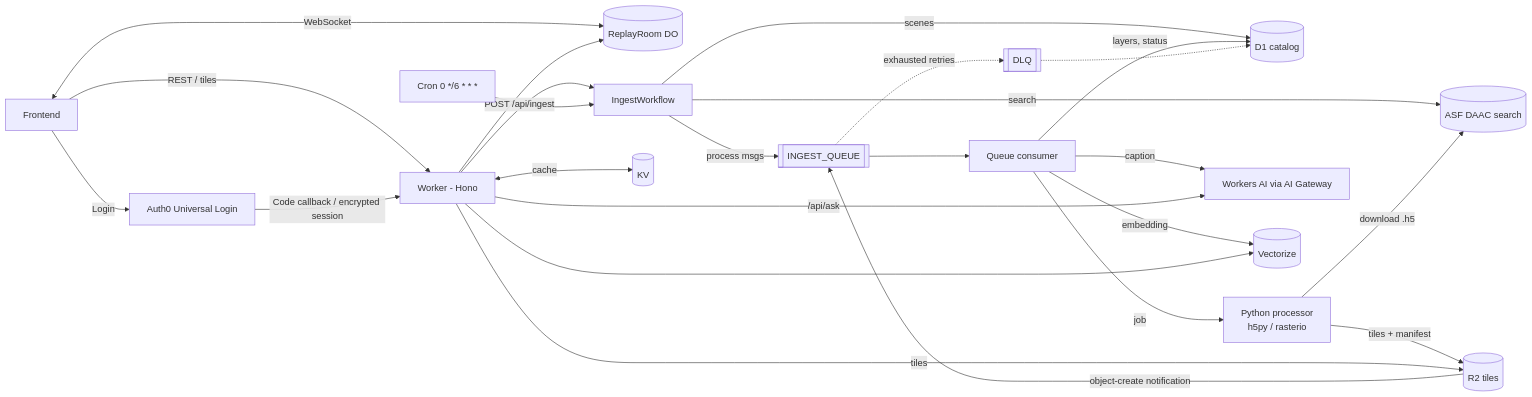
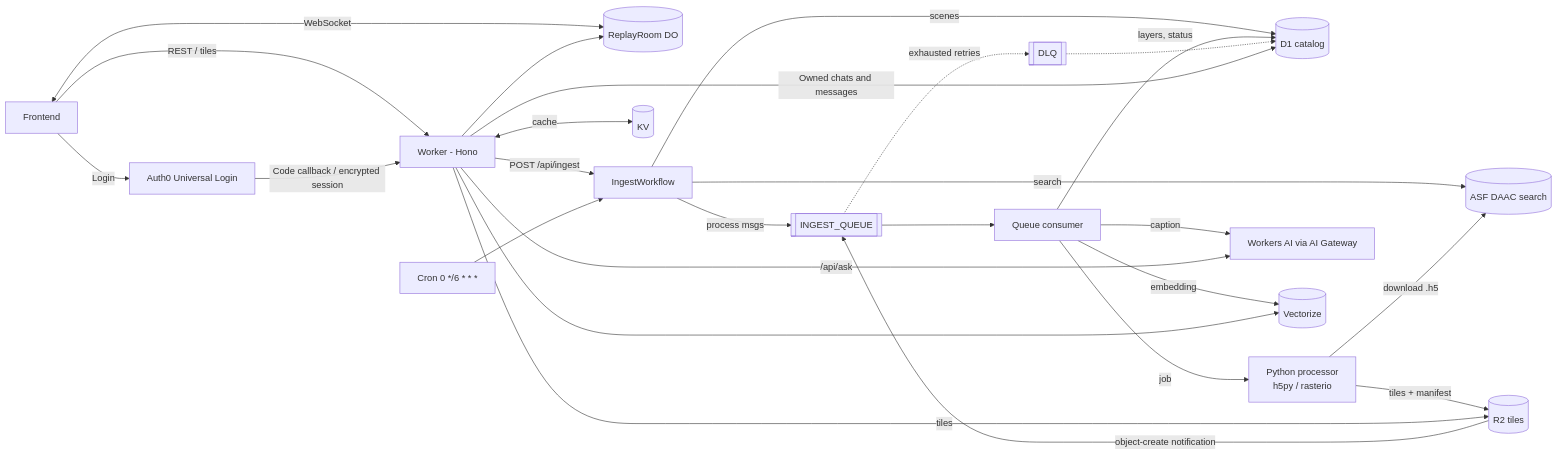
The diagram in backend/SPEC.md (AmeersPersonal/spaceapp), drawn with Mermaid before and after one commit. The commit also changed other lines of this file and 18 other files, not shown here.

````diff
--- a/backend/SPEC.md
+++ b/backend/SPEC.md
@@ -22,26 +23,27 @@
 ```mermaid
 flowchart LR
   FE[Frontend] -->|REST / tiles| W[Worker - Hono]
   FE -->|Login| AUTH[Auth0 Universal Login]
   AUTH -->|Code callback / encrypted session| W
   FE <-->|WebSocket| DO[(ReplayRoom DO)]
   W --> DO
   W -->|POST /api/ingest| WF[IngestWorkflow]
   CRON[Cron 0 */6 * * *] --> WF
   WF -->|search| ASF[(ASF DAAC search)]
   WF -->|scenes| D1[(D1 catalog)]
   WF -->|process msgs| Q[[INGEST_QUEUE]]
   Q --> C[Queue consumer]
   C -->|job| PY[Python processor<br/>h5py / rasterio]
   PY -->|download .h5| ASF
   PY -->|tiles + manifest| R2[(R2 tiles)]
   R2 -->|object-create notification| Q
   C -->|layers, status| D1
   C -->|caption| AI[Workers AI via AI Gateway]
   C -->|embedding| V[(Vectorize)]
   Q -.->|exhausted retries| DLQ[[DLQ]] -.-> D1
   W -->|tiles| R2
   W -->|/api/ask| AI
   W --> V
   W <-->|cache| KV[(KV)]
+  W -->|Owned chats and messages| D1
 ```
````
